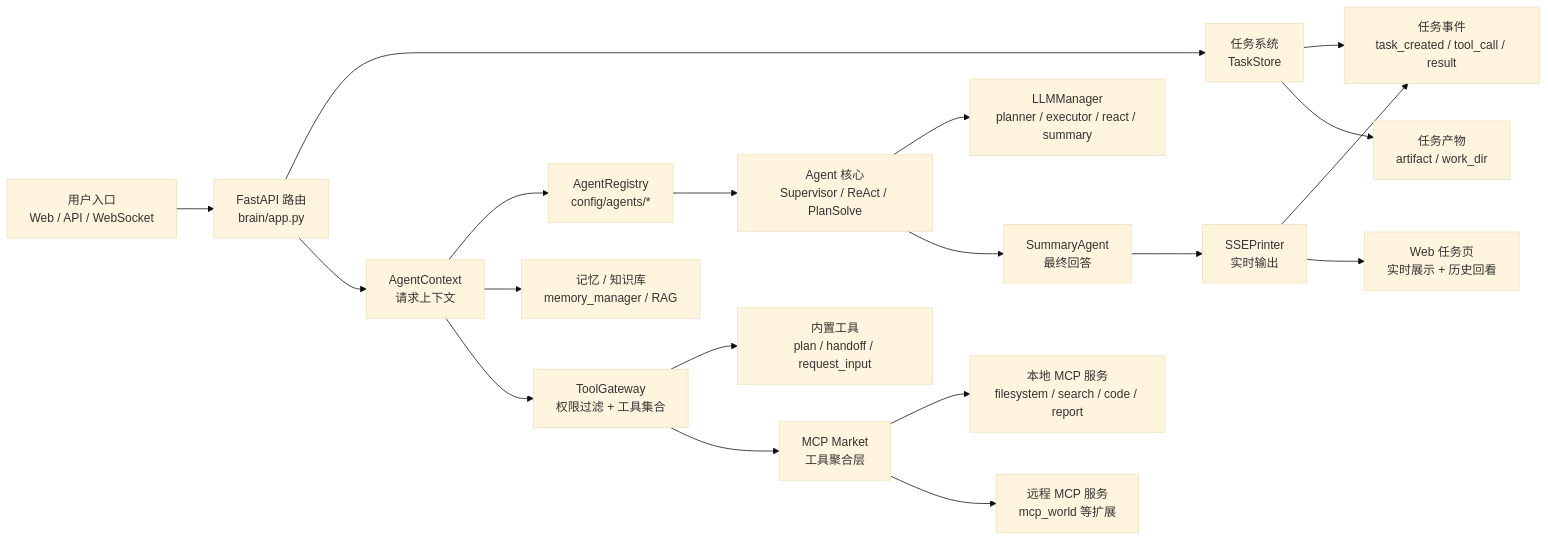
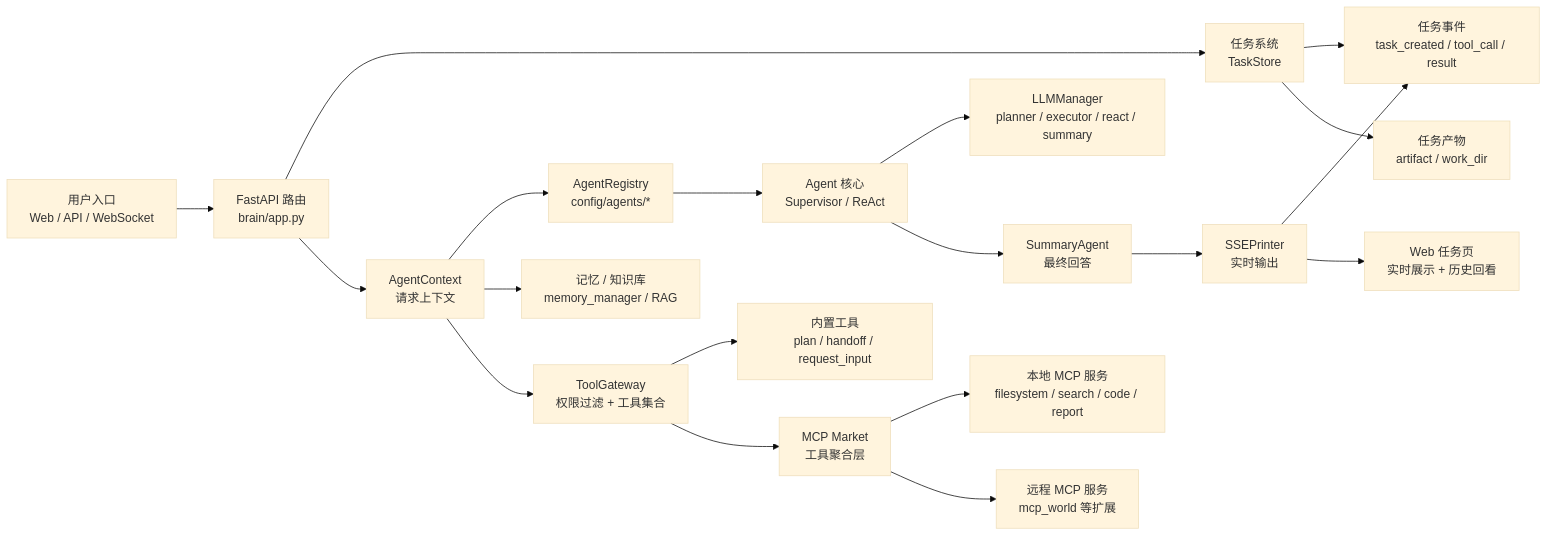
Before and after one commit to youkuxiaobin/task-pilot-agent: the first of 18 diagrams in README.zh-CN.md, drawn with Mermaid (base theme). The commit also changed other lines of this file and 30 other files, not shown here.

Commit message:
Remove legacy plan solve flow

````diff
--- a/README.zh-CN.md
+++ b/README.zh-CN.md
@@ -18,21 +18,21 @@
 ```mermaid
 flowchart LR
   User["用户入口<br/>Web / API / WebSocket"] --> API["FastAPI 路由<br/>brain/app.py"]
   API --> Task["任务系统<br/>TaskStore"]
   Task --> Event["任务事件<br/>task_created / tool_call / result"]
   Task --> Artifact["任务产物<br/>artifact / work_dir"]
   API --> Context["AgentContext<br/>请求上下文"]
   Context --> Registry["AgentRegistry<br/>config/agents/*"]
   Context --> Memory["记忆 / 知识库<br/>memory_manager / RAG"]
   Context --> Gateway["ToolGateway<br/>权限过滤 + 工具集合"]
-  Registry --> Runtime["Agent 核心<br/>Supervisor / ReAct / PlanSolve"]
+  Registry --> Runtime["Agent 核心<br/>Supervisor / ReAct"]
   Gateway --> Builtin["内置工具<br/>plan / handoff / request_input"]
   Gateway --> Market["MCP Market<br/>工具聚合层"]
   Market --> LocalMCP["本地 MCP 服务<br/>filesystem / search / code / report"]
   Market --> RemoteMCP["远程 MCP 服务<br/>mcp_world 等扩展"]
   Runtime --> LLM["LLMManager<br/>planner / executor / react / summary"]
   Runtime --> Summary["SummaryAgent<br/>最终回答"]
   Summary --> SSE["SSEPrinter<br/>实时输出"]
   SSE --> Event
   SSE --> Web["Web 任务页<br/>实时展示 + 历史回看"]
 ```
````
